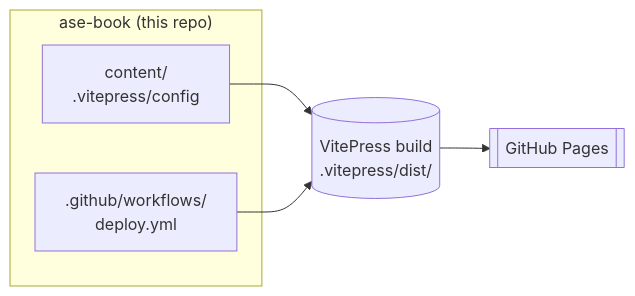
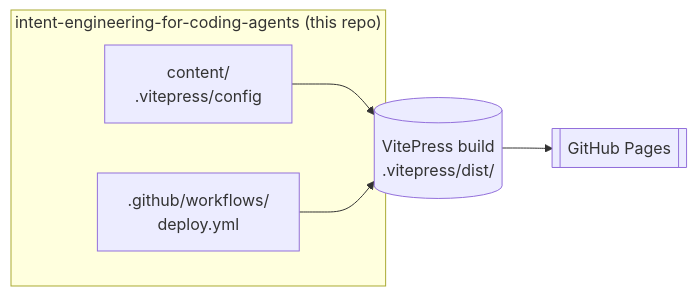
One commit to intent-engineering-for-coding-agents/book changed the diagram in docs/README.md. Above: the diagram before and after it, drawn with Mermaid. The commit also changed other lines of this file and 20 other files, not shown here.

First line of the commit message:
chore(rename): propagate Intent Engineering rename to all remaining files

````diff
--- a/docs/README.md
+++ b/docs/README.md
@@ -9,13 +9,13 @@
 ```mermaid
 flowchart LR
-  subgraph repo["ase-book (this repo)"]
+  subgraph repo["intent-engineering-for-coding-agents (this repo)"]
     src["content/<br/>.vitepress/config"]
     wf[".github/workflows/<br/>deploy.yml"]
   end
   build[("VitePress build<br/>.vitepress/dist/")]
   pages[["GitHub Pages"]]
 
   src --> build
   wf --> build
   build --> pages
 ```
````
